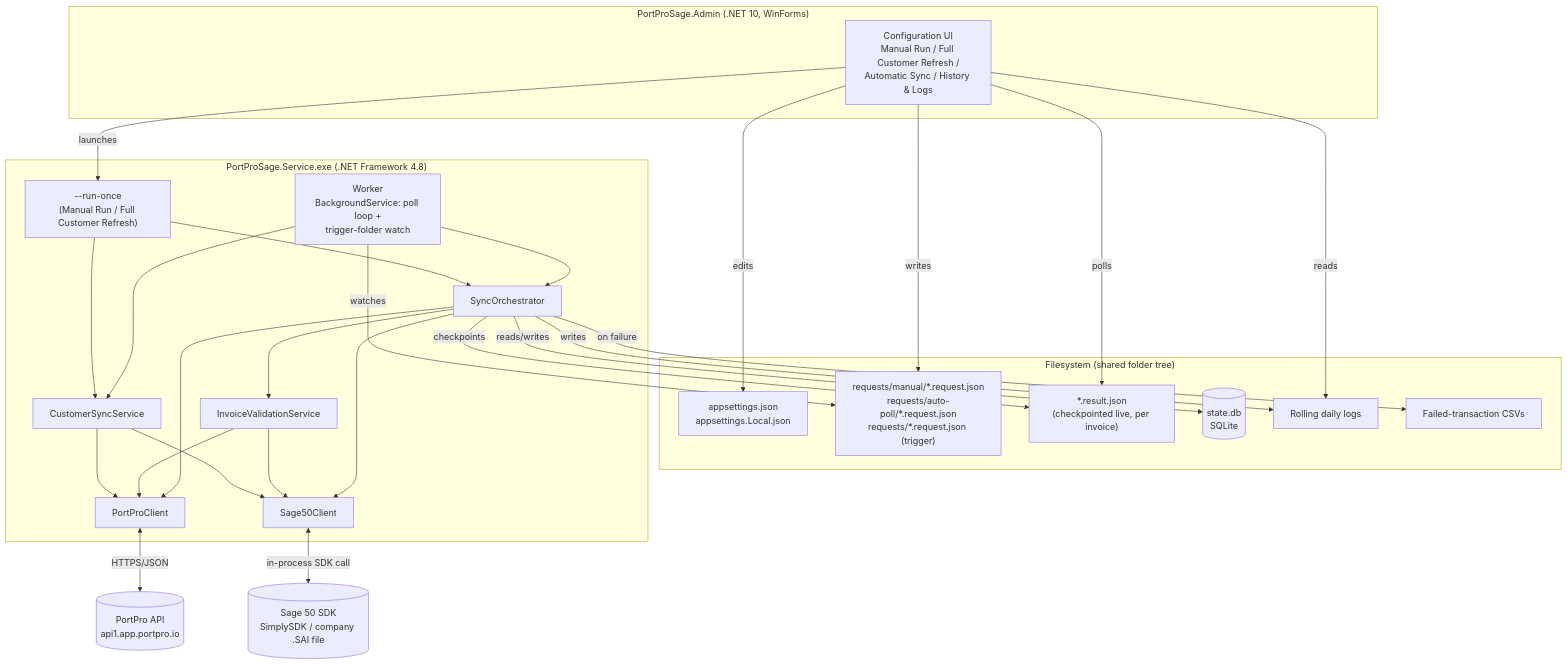
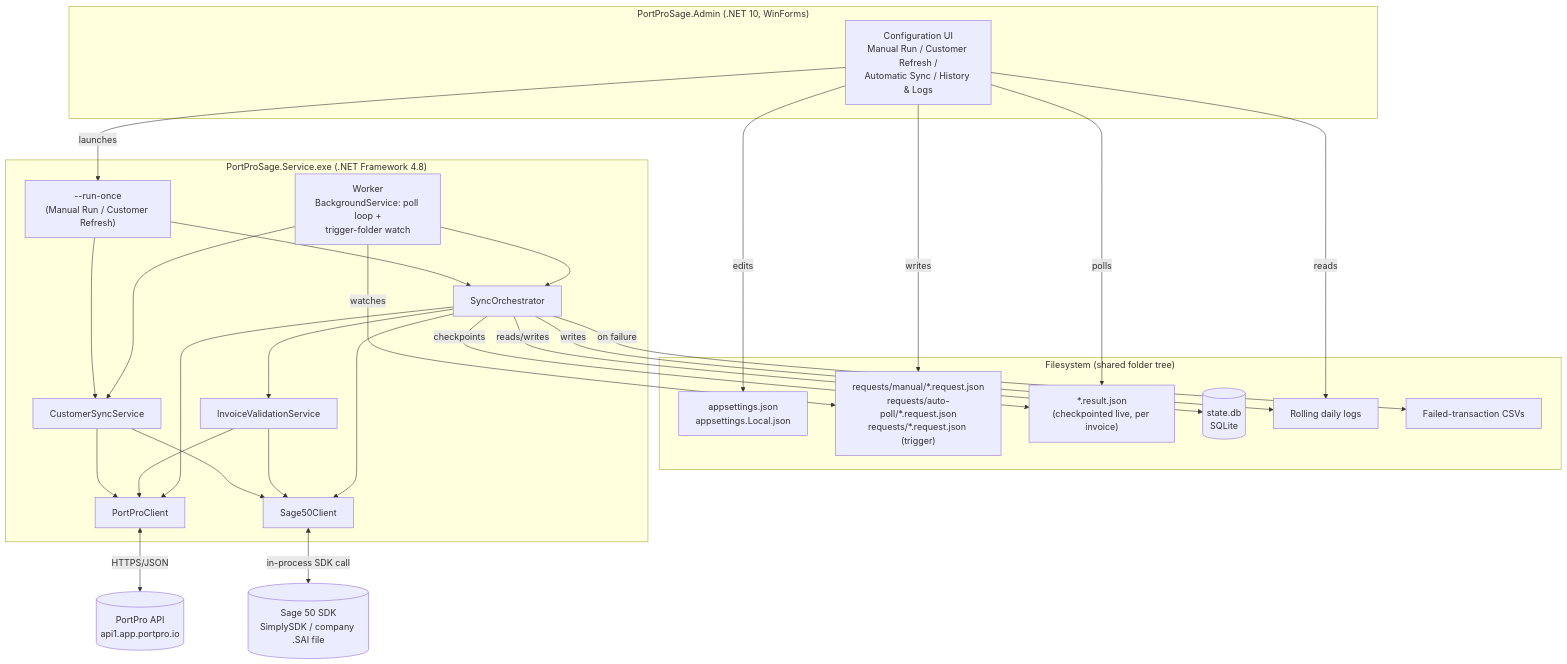
One commit to smallfleet/PortProSageSync changed the first of 6 diagrams in TECHNICAL_DESIGN.md. Above: the diagram before and after it, drawn with Mermaid. The commit also changed other lines of this file and 3 other files, not shown here.

First line of the commit message:
Update User Guide and Technical Design doc for Customer Refresh rework and per-path scoping

````diff
--- a/TECHNICAL_DESIGN.md
+++ b/TECHNICAL_DESIGN.md
@@ -71,56 +71,56 @@
 ```mermaid
 flowchart TB
     subgraph Admin["PortProSage.Admin (.NET 10, WinForms)"]
-        UI[Configuration UI<br/>Manual Run / Full Customer Refresh /<br/>Automatic Sync / History & Logs]
+        UI[Configuration UI<br/>Manual Run / Customer Refresh /<br/>Automatic Sync / History & Logs]
     end
 
     subgraph FS["Filesystem (shared folder tree)"]
         Cfg[appsettings.json<br/>appsettings.Local.json]
         Req["requests/manual/*.request.json<br/>requests/auto-poll/*.request.json<br/>requests/*.request.json (trigger)"]
         Res["*.result.json<br/>(checkpointed live, per invoice)"]
         DB[(state.db<br/>SQLite)]
         Logs[Rolling daily logs]
         FT[Failed-transaction CSVs]
     end
 
     subgraph Svc["PortProSage.Service.exe (.NET Framework 4.8)"]
         Worker[Worker<br/>BackgroundService: poll loop +<br/>trigger-folder watch]
-        RunOnce["--run-once<br/>(Manual Run / Full Customer Refresh)"]
+        RunOnce["--run-once<br/>(Manual Run / Customer Refresh)"]
         Orch[SyncOrchestrator]
         Val[InvoiceValidationService]
         CustSync[CustomerSyncService]
         PP[PortProClient]
         S50[Sage50Client]
     end
 
     PortPro[(PortPro API<br/>api1.app.portpro.io)]
     Sage[(Sage 50 SDK<br/>SimplySDK / company .SAI file)]
 
     UI -- edits --> Cfg
     UI -- writes --> Req
     UI -- launches --> RunOnce
     UI -- polls --> Res
     UI -- reads --> Logs
 
     Worker -- watches --> Req
     Worker --> Orch
     Worker --> CustSync
     RunOnce --> Orch
     RunOnce --> CustSync
 
     Orch --> Val
     Orch --> PP
     Orch --> S50
     Val --> PP
     Val --> S50
     CustSync --> PP
     CustSync --> S50
 
     Orch -- checkpoints --> Res
     Orch -- reads/writes --> DB
     Orch -- writes --> Logs
     Orch -- on failure --> FT
 
     PP <-- HTTPS/JSON --> PortPro
     S50 <-- in-process SDK call --> Sage
 ```
````
